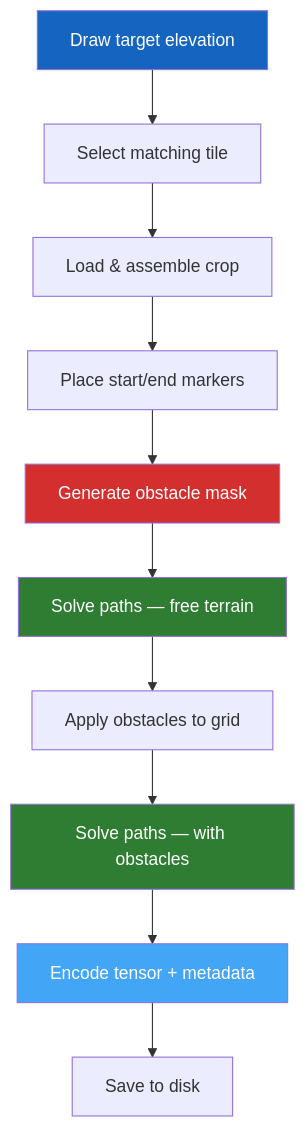
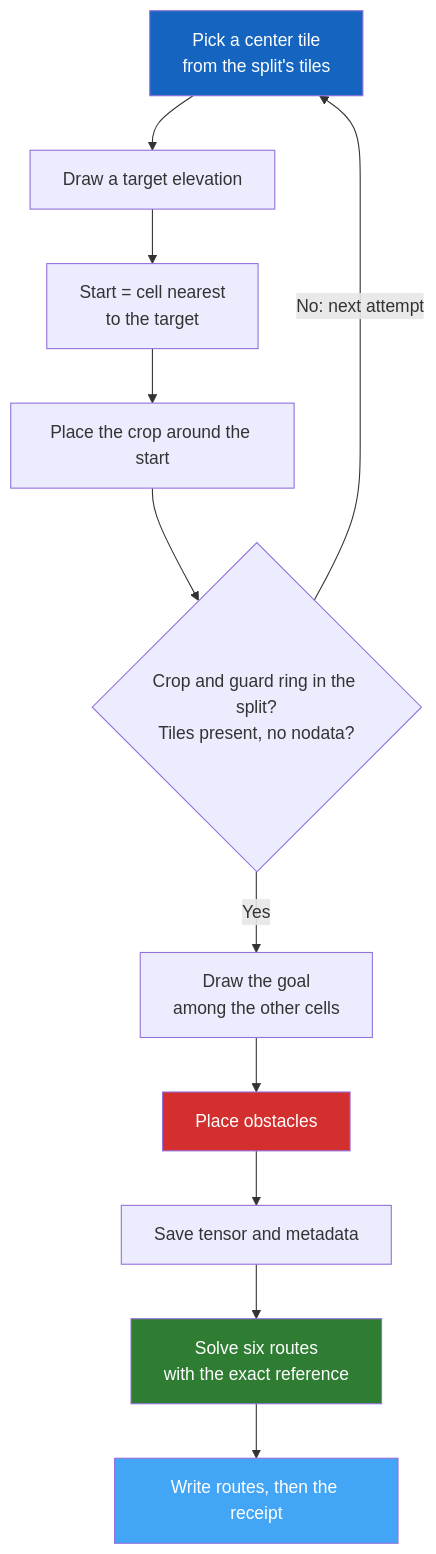
The diagram in docs/guide/generate.md (ThalesGroup/passage), drawn with Mermaid before and after one commit. The commit also changed other lines of this file and 69 other files, not shown here.

````diff
--- a/docs/guide/generate.md
+++ b/docs/guide/generate.md
@@ -60,18 +77,18 @@
 ```mermaid
 flowchart TD
-    A[Draw target elevation] --> B[Select matching tile]
-    B --> C[Load & assemble crop]
-    C --> D[Place start/end markers]
-    D --> E[Generate obstacle mask]
-    E --> F[Solve paths — free terrain]
-    F --> G[Apply obstacles to grid]
-    G --> H[Solve paths — with obstacles]
-    H --> I[Encode tensor + metadata]
-    I --> J[Save to disk]
+    A[Pick a center tile<br>from the split's tiles] --> B[Draw a target elevation]
+    B --> C[Start = cell nearest<br>to the target]
+    C --> D[Place the crop around the start]
+    D --> E{Crop and guard ring in the split?<br>Tiles present, no nodata?}
+    E -->|No: next attempt| A
+    E -->|Yes| F[Draw the goal<br>among the other cells]
+    F --> G[Place obstacles]
+    G --> H[Save tensor and metadata]
+    H --> I[Solve six routes<br>with the exact reference]
+    I --> J[Write routes, then the receipt]
 
     style A fill:#1565C0,color:#fff
-    style E fill:#D32F2F,color:#fff
-    style F fill:#2E7D32,color:#fff
-    style H fill:#2E7D32,color:#fff
-    style I fill:#42A5F5,color:#fff
+    style G fill:#D32F2F,color:#fff
+    style I fill:#2E7D32,color:#fff
+    style J fill:#42A5F5,color:#fff
 ```
````
